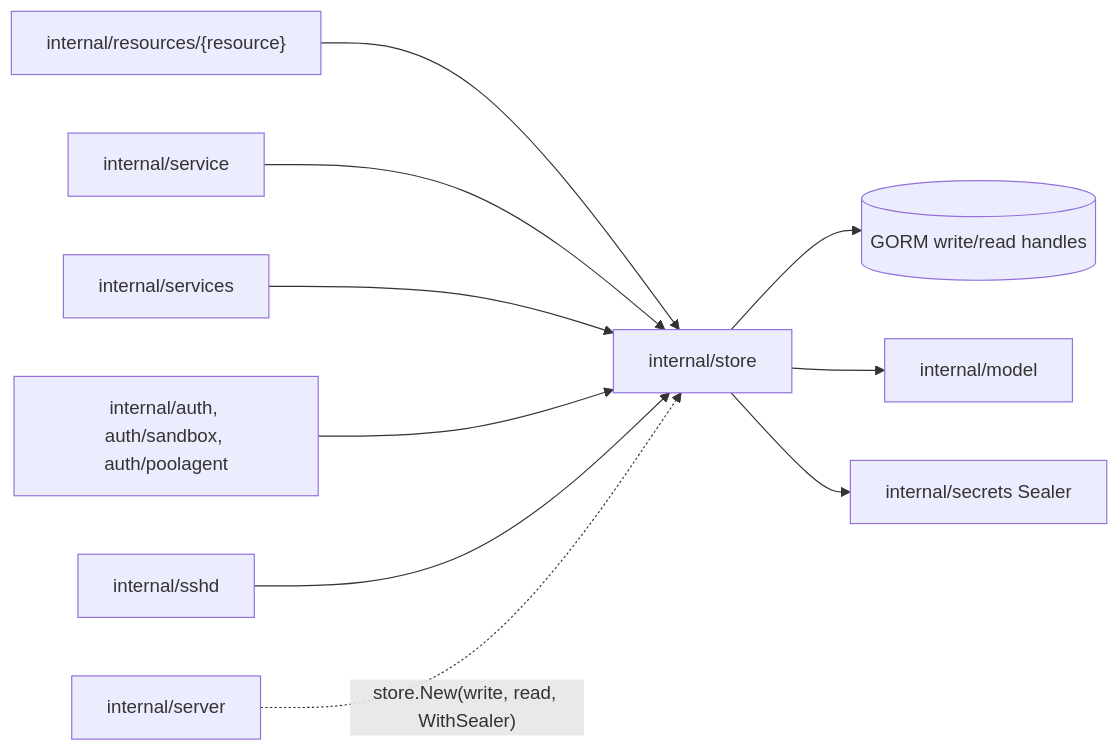
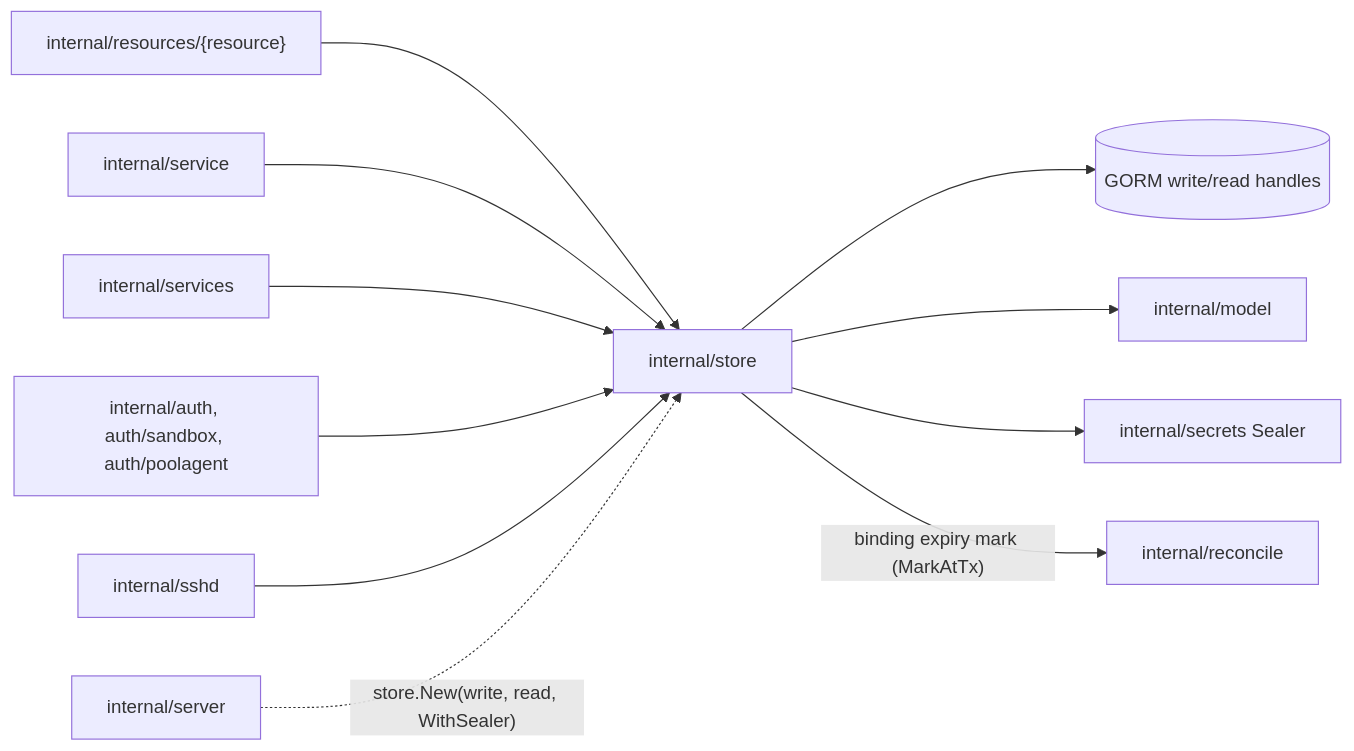
Before and after one commit to discobox-ai/discobox: the first of 2 diagrams in server/internal/store/DESIGN.md, drawn with Mermaid. The commit also changed other lines of this file and 232 other files, not shown here.

````diff
--- a/server/internal/store/DESIGN.md
+++ b/server/internal/store/DESIGN.md
@@ -10,12 +16,13 @@
 ```mermaid
 flowchart LR
     resources["internal/resources/{resource}"] --> store[internal/store]
     service[internal/service] --> store
     services[internal/services] --> store
     auth["internal/auth, auth/sandbox, auth/poolagent"] --> store
     sshd[internal/sshd] --> store
     router[internal/server] -. "store.New(write, read, WithSealer)" .-> store
     store --> db[(GORM write/read handles)]
     store --> model[internal/model]
     store --> secrets[internal/secrets Sealer]
+    store -- "binding expiry mark (MarkAtTx)" --> reconcile[internal/reconcile]
 ```
````
